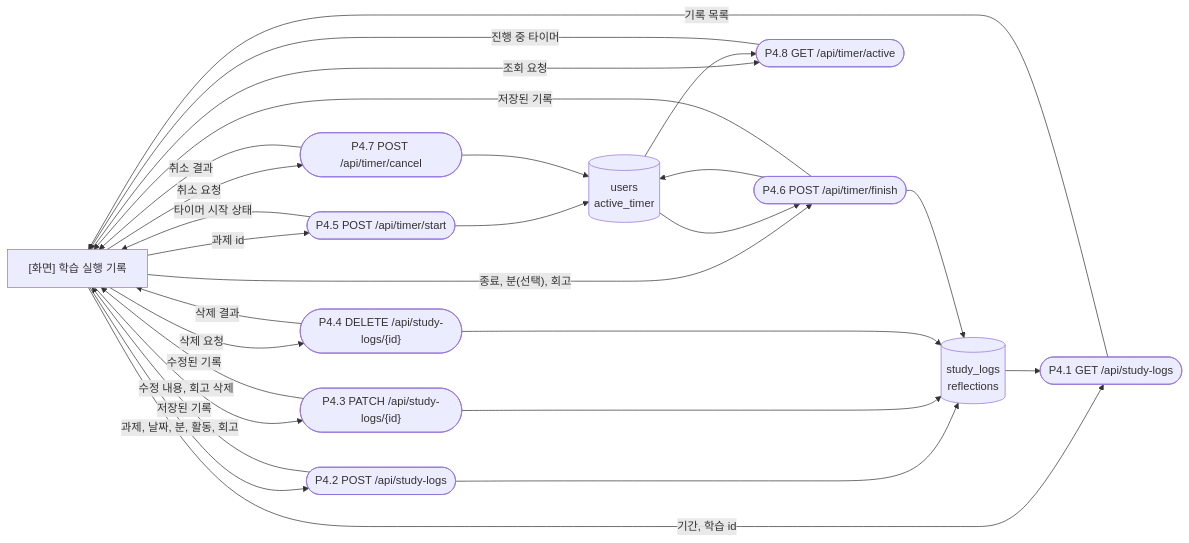
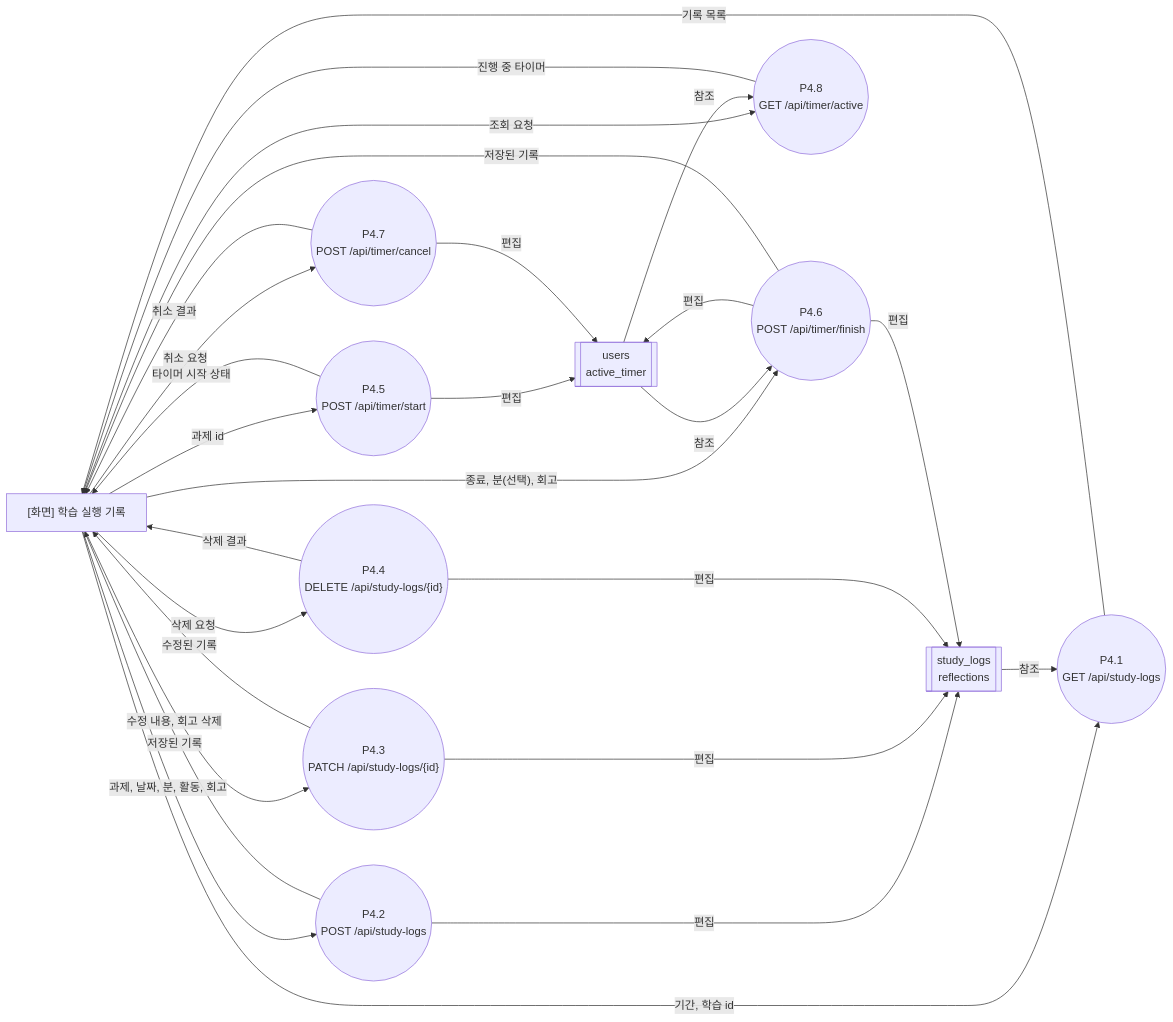
The eighth of 13 diagrams in docs/architecture_dfd.md (yong05610/ai-n-fprj), drawn with Mermaid before and after one commit. The commit also changed other lines of this file, not shown here.

Commit message:
docs: DFD notation per user spec - level 0 context circle with organization terminals; level 1-2 circles, screen terminals, band data stores, curved flows labelled reference/edit

````diff
--- a/docs/architecture_dfd.md
+++ b/docs/architecture_dfd.md
@@ -389,41 +386,41 @@
 ```mermaid
+%%{init: {"flowchart": {"curve": "basis"}}}%%
 flowchart LR
     S["[화면] 학습 실행 기록"]
-    P41(["P4.1 GET /api/study-logs"])
-    P42(["P4.2 POST /api/study-logs"])
-    P43(["P4.3 PATCH /api/study-logs/{id}"])
-    P44(["P4.4 DELETE /api/study-logs/{id}"])
-    P45(["P4.5 POST /api/timer/start"])
-    P46(["P4.6 POST /api/timer/finish"])
-    P47(["P4.7 POST /api/timer/cancel"])
-    P48(["P4.8 GET /api/timer/active"])
-    DL[("study_logs<br/>reflections")]
-    DU[("users<br/>active_timer")]
-
+    P41(("P4.1<br/>GET /api/study-logs"))
+    P42(("P4.2<br/>POST /api/study-logs"))
+    P43(("P4.3<br/>PATCH /api/study-logs/{id}"))
+    P44(("P4.4<br/>DELETE /api/study-logs/{id}"))
+    P45(("P4.5<br/>POST /api/timer/start"))
+    P46(("P4.6<br/>POST /api/timer/finish"))
+    P47(("P4.7<br/>POST /api/timer/cancel"))
+    P48(("P4.8<br/>GET /api/timer/active"))
+    DL[["study_logs<br/>reflections"]]
+    DU[["users<br/>active_timer"]]
     S -->|"기간, 학습 id"| P41
-    DL --> P41
+    DL -->|"참조"| P41
     P41 -->|"기록 목록"| S
     S -->|"과제, 날짜, 분, 활동, 회고"| P42
-    P42 --> DL
+    P42 -->|"편집"| DL
     P42 -->|"저장된 기록"| S
     S -->|"수정 내용, 회고 삭제"| P43
-    P43 --> DL
+    P43 -->|"편집"| DL
     P43 -->|"수정된 기록"| S
     S -->|"삭제 요청"| P44
-    P44 --> DL
+    P44 -->|"편집"| DL
     P44 -->|"삭제 결과"| S
     S -->|"과제 id"| P45
-    P45 --> DU
+    P45 -->|"편집"| DU
     P45 -->|"타이머 시작 상태"| S
     S -->|"종료, 분(선택), 회고"| P46
-    DU --> P46
-    P46 --> DL
-    P46 --> DU
+    DU -->|"참조"| P46
+    P46 -->|"편집"| DL
+    P46 -->|"편집"| DU
     P46 -->|"저장된 기록"| S
     S -->|"취소 요청"| P47
-    P47 --> DU
+    P47 -->|"편집"| DU
     P47 -->|"취소 결과"| S
     S -->|"조회 요청"| P48
-    DU --> P48
+    DU -->|"참조"| P48
     P48 -->|"진행 중 타이머"| S
 ```
````
